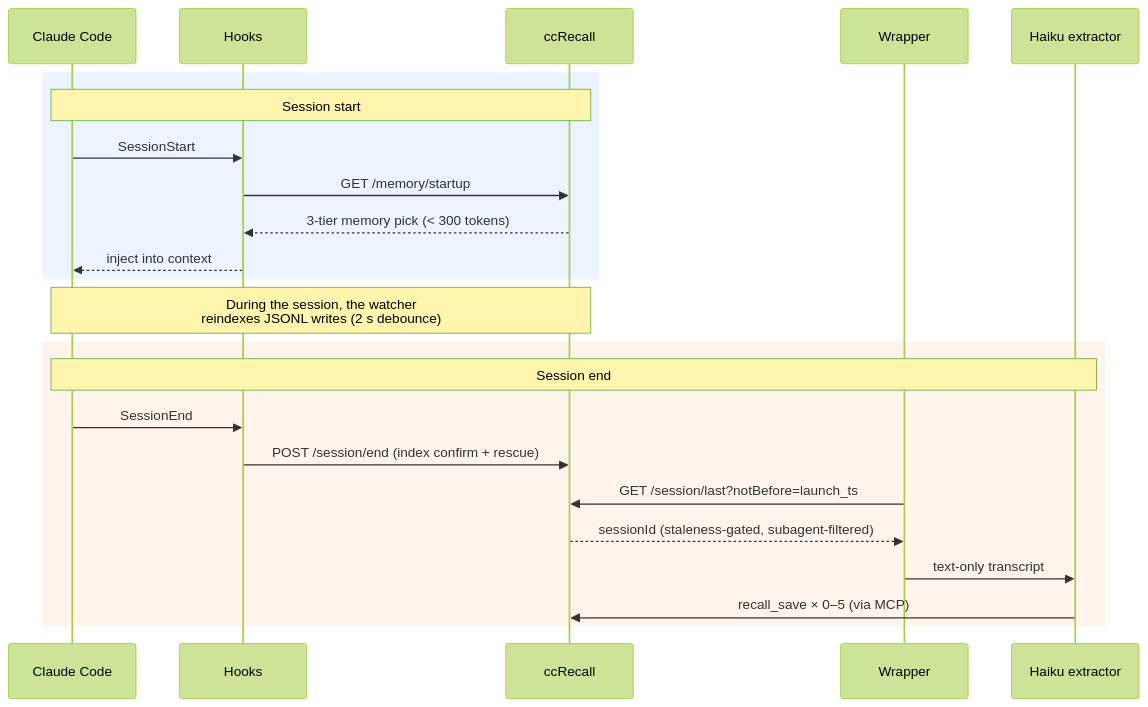
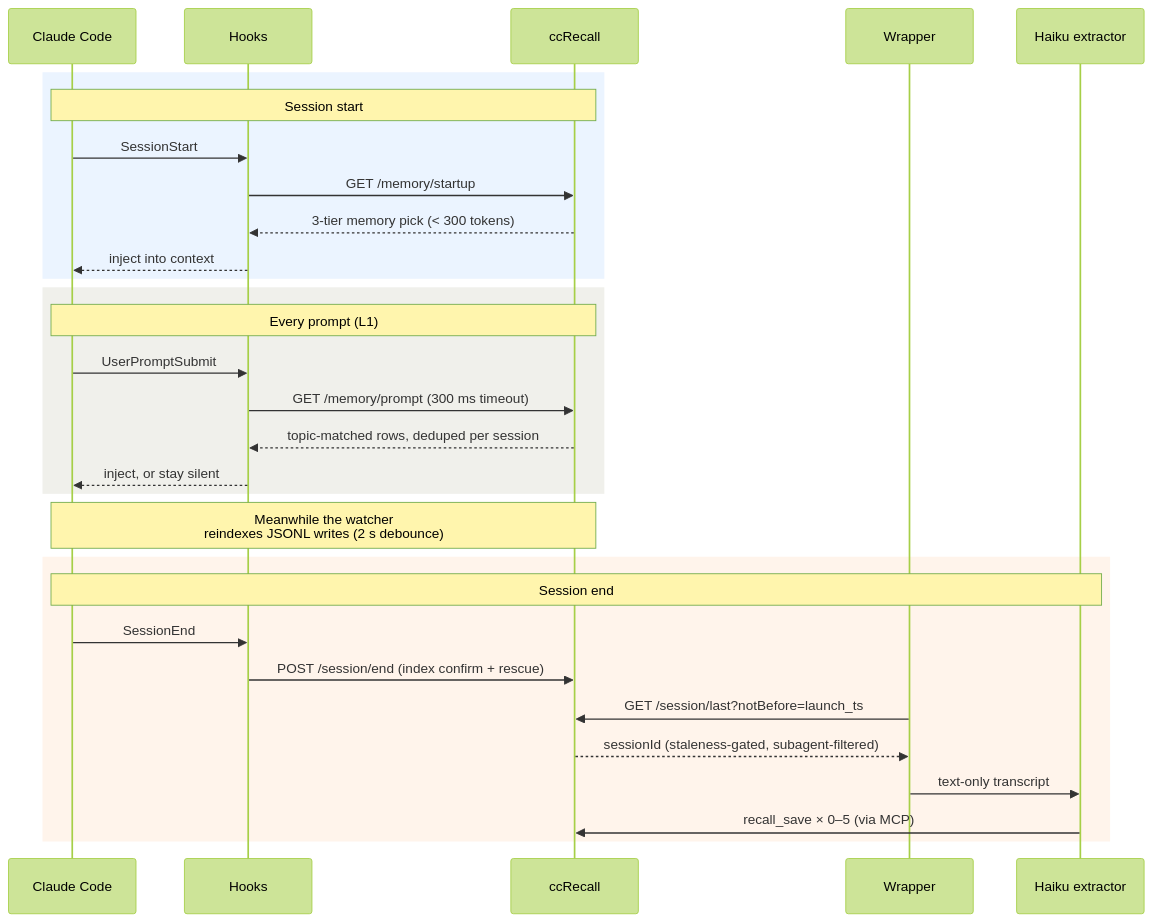
One commit to tznthou/ccRecall changed the second of 2 diagrams in README.md. Above: the diagram before and after it, drawn with Mermaid (forest theme). The commit also changed other lines of this file and 2 other files, not shown here.

````diff
--- a/README.md
+++ b/README.md
@@ -110,28 +116,36 @@
 ```mermaid
 sequenceDiagram
     participant CC as Claude Code
     participant H as Hooks
     participant R as ccRecall
     participant W as Wrapper
     participant X as Haiku extractor
 
     rect rgb(235, 244, 255)
     Note over CC,R: Session start
     CC->>H: SessionStart
     H->>R: GET /memory/startup
     R-->>H: 3-tier memory pick (< 300 tokens)
     H-->>CC: inject into context
     end
 
-    Note over CC,R: During the session, the watcher<br/>reindexes JSONL writes (2 s debounce)
+    rect rgb(240, 240, 235)
+    Note over CC,R: Every prompt (L1)
+    CC->>H: UserPromptSubmit
+    H->>R: GET /memory/prompt (300 ms timeout)
+    R-->>H: topic-matched rows, deduped per session
+    H-->>CC: inject, or stay silent
+    end
+
+    Note over CC,R: Meanwhile the watcher<br/>reindexes JSONL writes (2 s debounce)
 
     rect rgb(255, 244, 235)
     Note over CC,X: Session end
     CC->>H: SessionEnd
     H->>R: POST /session/end (index confirm + rescue)
     W->>R: GET /session/last?notBefore=launch_ts
     R-->>W: sessionId (staleness-gated, subagent-filtered)
     W->>X: text-only transcript
     X->>R: recall_save × 0–5 (via MCP)
     end
 ```
````
